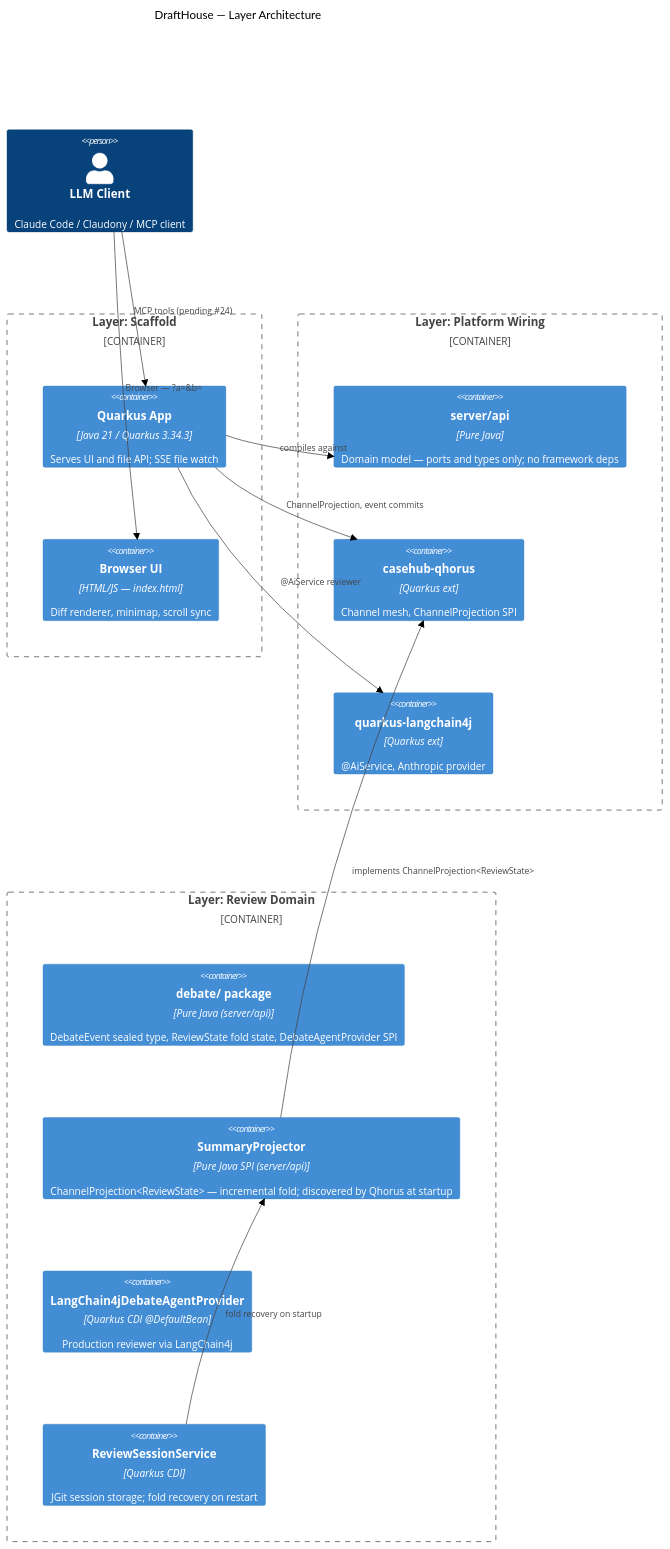
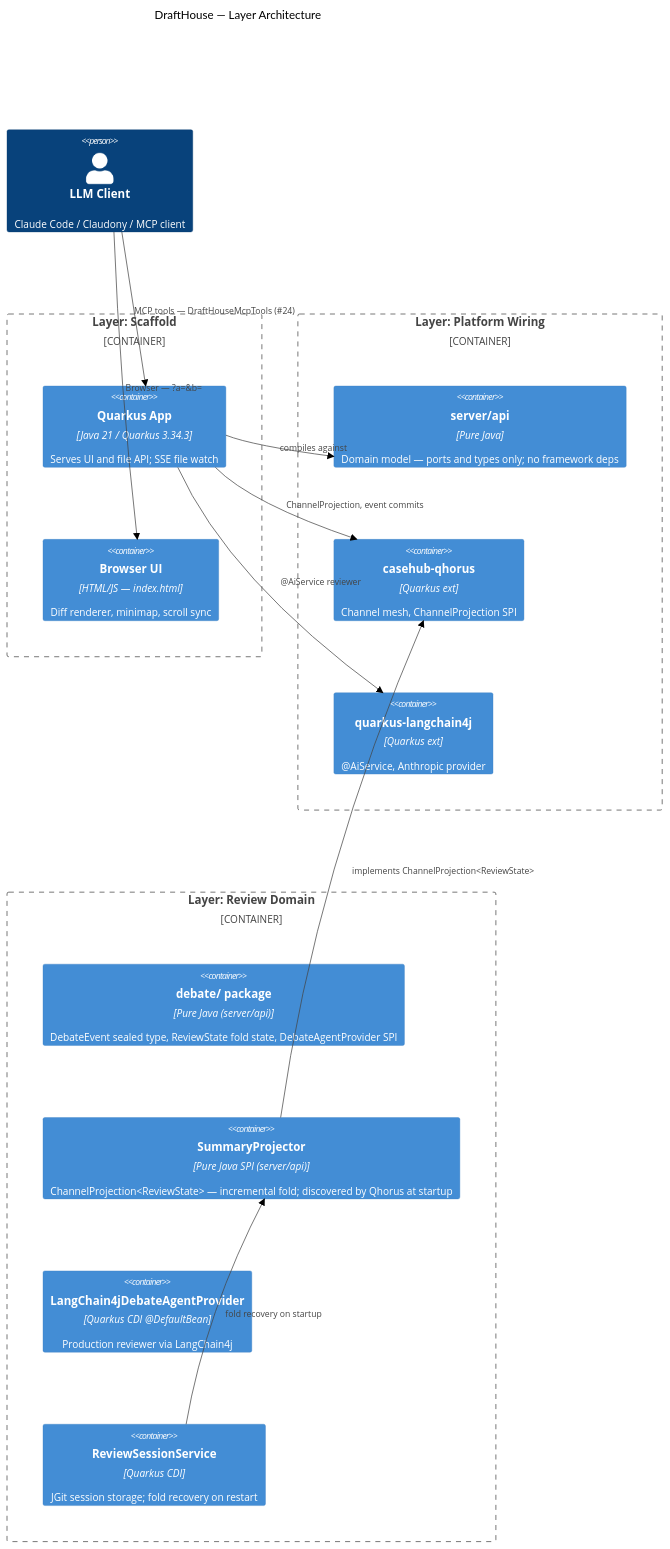
One commit to mdproctor/drafthouse changed the second of 5 diagrams in ARC42STORIES.MD. Above: the diagram before and after it, drawn with Mermaid (neutral theme). The commit also changed other lines of this file and 1 other file, not shown here.

````diff
--- a/ARC42STORIES.MD
+++ b/ARC42STORIES.MD
@@ -128,31 +128,31 @@
 ```mermaid
 C4Container
   title DraftHouse — Layer Architecture
   Person(client, "LLM Client", "Claude Code / Claudony / MCP client")
 
   Container_Boundary(b1, "Layer: Scaffold") {
     Container(quarkus, "Quarkus App", "Java 21 / Quarkus 3.34.3", "Serves UI and file API; SSE file watch")
     Container(ui, "Browser UI", "HTML/JS — index.html", "Diff renderer, minimap, scroll sync")
   }
 
   Container_Boundary(b2, "Layer: Platform Wiring") {
     Container(api_mod, "server/api", "Pure Java", "Domain model — ports and types only; no framework deps")
     Container(qhorus_dep, "casehub-qhorus", "Quarkus ext", "Channel mesh, ChannelProjection SPI")
     Container(lc4j, "quarkus-langchain4j", "Quarkus ext", "@AiService, Anthropic provider")
   }
 
   Container_Boundary(b3, "Layer: Review Domain") {
     Container(debate_pkg, "debate/ package", "Pure Java (server/api)", "DebateEvent sealed type, ReviewState fold state, DebateAgentProvider SPI")
     Container(projector, "SummaryProjector", "Pure Java SPI (server/api)", "ChannelProjection<ReviewState> — incremental fold; discovered by Qhorus at startup")
     Container(agents, "LangChain4jDebateAgentProvider", "Quarkus CDI @DefaultBean", "Production reviewer via LangChain4j")
     Container(session_svc, "ReviewSessionService", "Quarkus CDI", "JGit session storage; fold recovery on restart")
   }
 
-  Rel(client, quarkus, "MCP tools (pending #24)")
+  Rel(client, quarkus, "MCP tools — DraftHouseMcpTools (#24)")
   Rel(client, ui, "Browser — ?a=&b=")
   Rel(quarkus, api_mod, "compiles against")
   Rel(quarkus, qhorus_dep, "ChannelProjection, event commits")
   Rel(quarkus, lc4j, "@AiService reviewer")
   Rel(projector, qhorus_dep, "implements ChannelProjection<ReviewState>")
   Rel(session_svc, projector, "fold recovery on startup")
 ```
````
